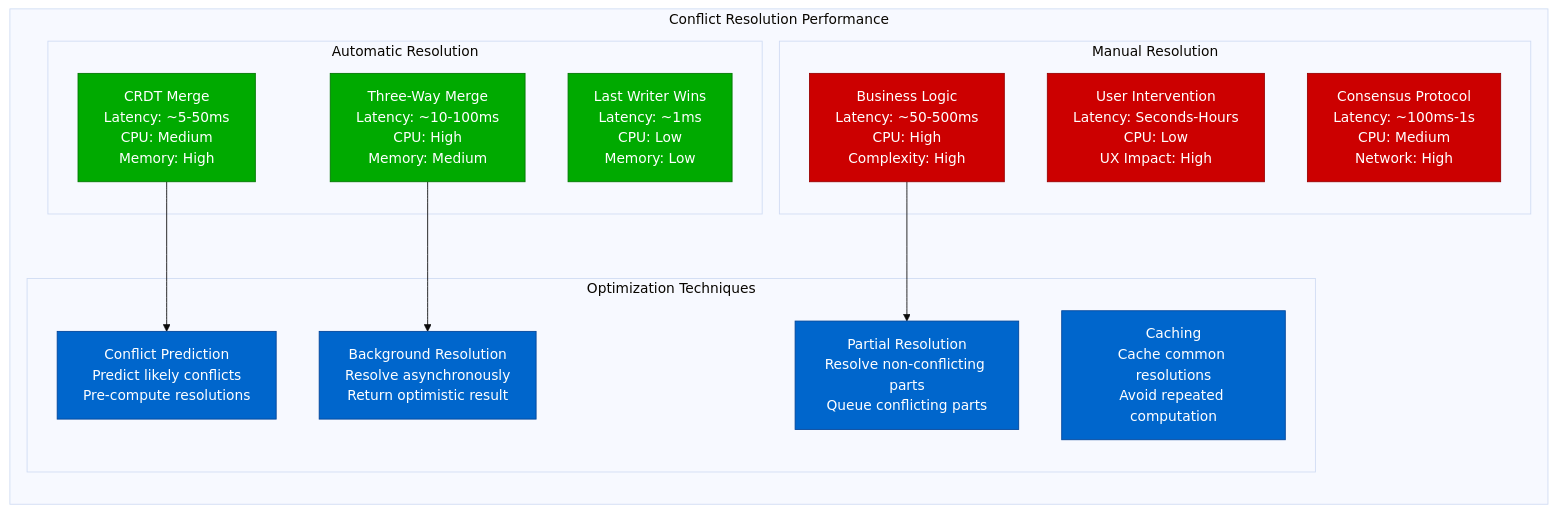
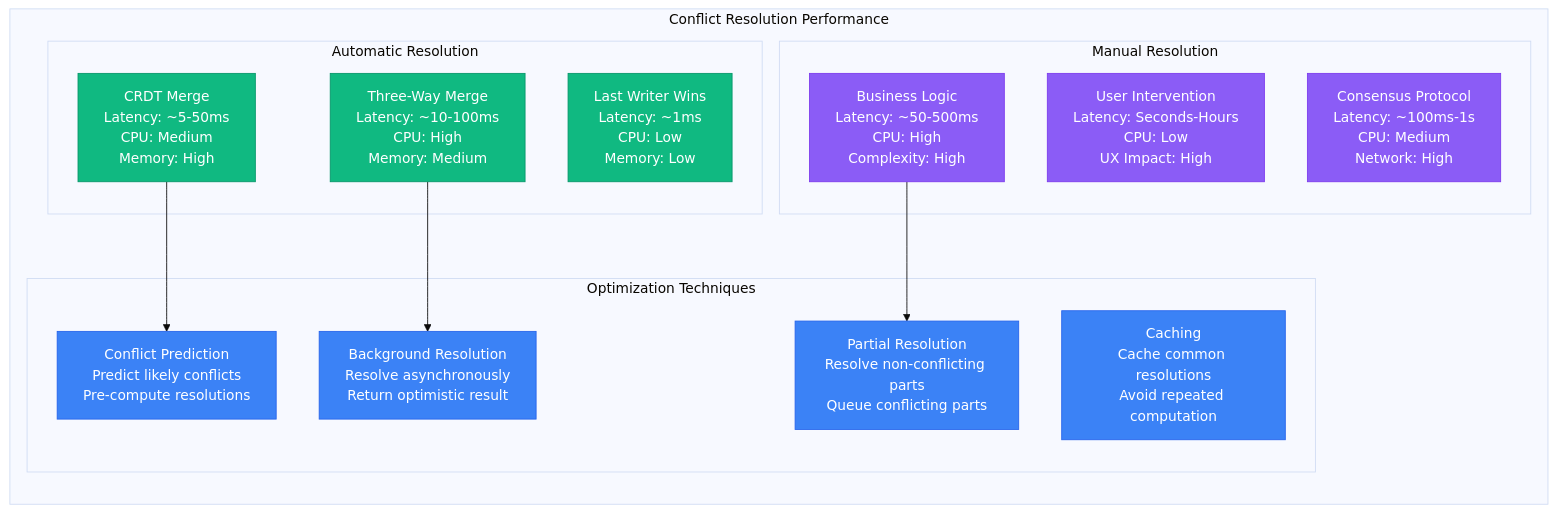
Before and after one commit to deepaucksharma/DS: the ninth of 9 diagrams in site/docs/guarantees/eventual-consistency/eventual-consistency-conflicts.md, drawn with Mermaid (base theme). The commit also changed other lines of this file and 303 other files, not shown here.

````diff
--- a/site/docs/guarantees/eventual-consistency/eventual-consistency-conflicts.md
+++ b/site/docs/guarantees/eventual-consistency/eventual-consistency-conflicts.md
@@ -530,35 +530,35 @@
 ```mermaid
 graph LR
     subgraph PerformanceComparison[Conflict Resolution Performance]
         subgraph AutomaticResolution[Automatic Resolution]
             AR1[Last Writer Wins<br/>Latency: ~1ms<br/>CPU: Low<br/>Memory: Low]
             AR2[CRDT Merge<br/>Latency: ~5-50ms<br/>CPU: Medium<br/>Memory: High]
             AR3[Three-Way Merge<br/>Latency: ~10-100ms<br/>CPU: High<br/>Memory: Medium]
         end
 
         subgraph ManualResolution[Manual Resolution]
             MR1[User Intervention<br/>Latency: Seconds-Hours<br/>CPU: Low<br/>UX Impact: High]
             MR2[Business Logic<br/>Latency: ~50-500ms<br/>CPU: High<br/>Complexity: High]
             MR3[Consensus Protocol<br/>Latency: ~100ms-1s<br/>CPU: Medium<br/>Network: High]
         end
 
         subgraph OptimizationTechniques[Optimization Techniques]
             OT1[Conflict Prediction<br/>Predict likely conflicts<br/>Pre-compute resolutions]
             OT2[Partial Resolution<br/>Resolve non-conflicting parts<br/>Queue conflicting parts]
             OT3[Background Resolution<br/>Resolve asynchronously<br/>Return optimistic result]
             OT4[Caching<br/>Cache common resolutions<br/>Avoid repeated computation]
         end
     end
 
     AR2 --> OT1
     MR2 --> OT2
     AR3 --> OT3
 
-    classDef autoStyle fill:#00AA00,stroke:#007700,color:#fff
-    classDef manualStyle fill:#CC0000,stroke:#990000,color:#fff
-    classDef optimizeStyle fill:#0066CC,stroke:#004499,color:#fff
+    classDef autoStyle fill:#10B981,stroke:#059669,color:#fff
+    classDef manualStyle fill:#8B5CF6,stroke:#7C3AED,color:#fff
+    classDef optimizeStyle fill:#3B82F6,stroke:#2563EB,color:#fff
 
     class AR1,AR2,AR3 autoStyle
     class MR1,MR2,MR3 manualStyle
     class OT1,OT2,OT3,OT4 optimizeStyle
 ```
````
